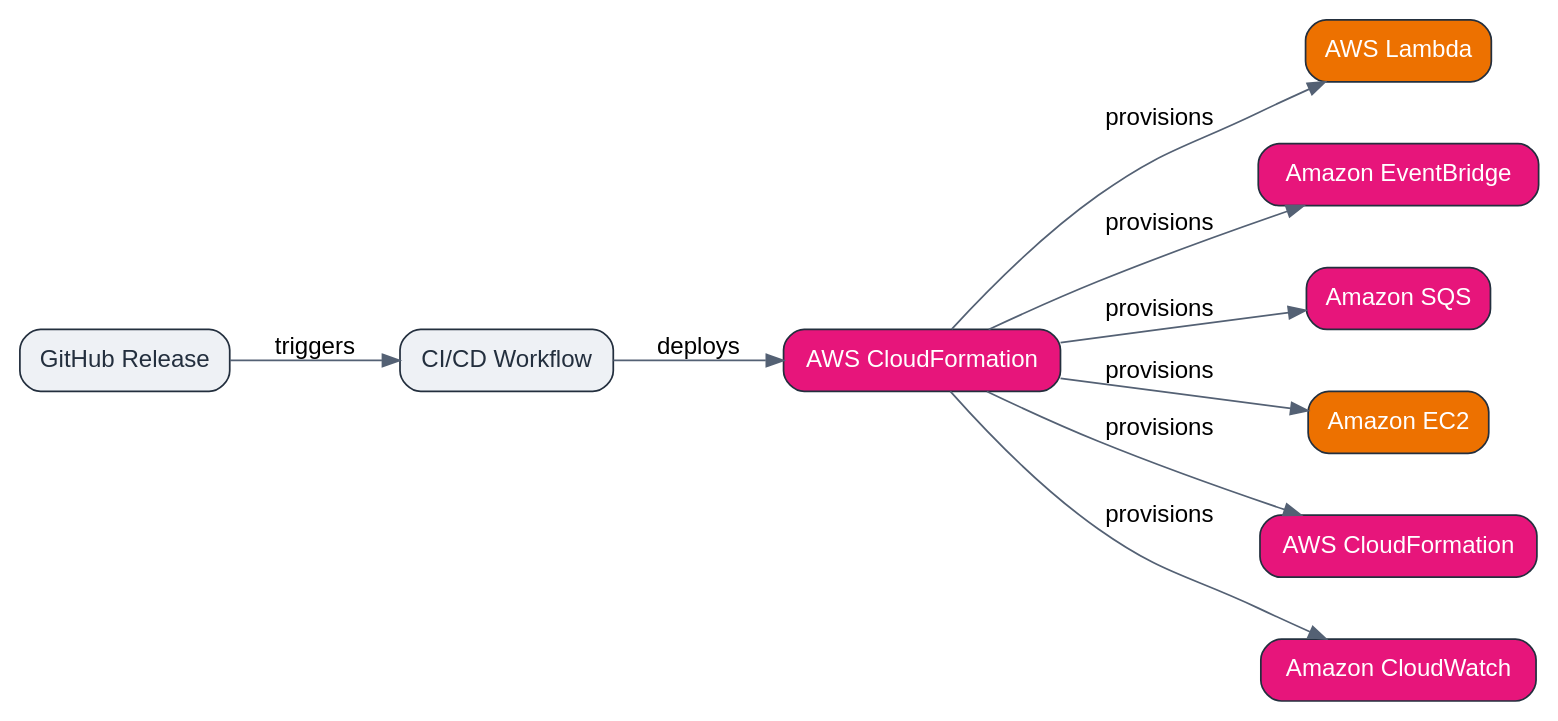
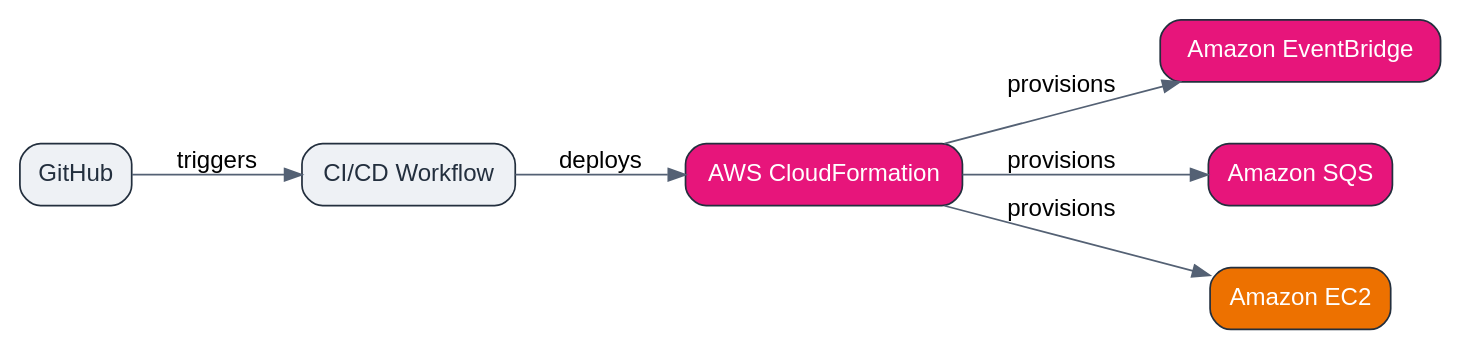
One commit to teddynted/ai-github-repository-blog-generator changed the eighth of 8 diagrams in testdata/expected/architecture.md. Above: the diagram before and after it, drawn with Graphviz. The commit also changed other lines of this file and 3 other files, not shown here.

First line of the commit message:
fix(architecture): conservative CI/CD flow + service-role intelligence rows

````diff
--- a/testdata/expected/architecture.md
+++ b/testdata/expected/architecture.md
@@ -240,27 +231,21 @@
 ```dot
 digraph Architecture {
   rankdir=LR;
   graph [fontname="Helvetica", splines=true, nodesep=0.5, ranksep=0.6];
   node [shape=box, style="rounded,filled", fontname="Helvetica", fillcolor="#EEF1F5", color="#232F3E"];
   edge [fontname="Helvetica", color="#546174"];
 
-  github [label="GitHub Release", fillcolor="#EEF1F5", fontcolor="#232F3E"];
+  github [label="GitHub", fillcolor="#EEF1F5", fontcolor="#232F3E"];
   workflow [label="CI/CD Workflow", fillcolor="#EEF1F5", fontcolor="#232F3E"];
   cloudformation [label="AWS CloudFormation", fillcolor="#E7157B", fontcolor="#FFFFFF"];
-  AWS_Lambda [label="AWS Lambda", fillcolor="#ED7100", fontcolor="#FFFFFF"];
   Amazon_EventBridge [label="Amazon EventBridge", fillcolor="#E7157B", fontcolor="#FFFFFF"];
   Amazon_SQS [label="Amazon SQS", fillcolor="#E7157B", fontcolor="#FFFFFF"];
   Amazon_EC2 [label="Amazon EC2", fillcolor="#ED7100", fontcolor="#FFFFFF"];
-  AWS_CloudFormation [label="AWS CloudFormation", fillcolor="#E7157B", fontcolor="#FFFFFF"];
-  Amazon_CloudWatch [label="Amazon CloudWatch", fillcolor="#E7157B", fontcolor="#FFFFFF"];
 
   github -> workflow [label="triggers"];
   workflow -> cloudformation [label="deploys"];
-  cloudformation -> AWS_Lambda [label="provisions"];
   cloudformation -> Amazon_EventBridge [label="provisions"];
   cloudformation -> Amazon_SQS [label="provisions"];
   cloudformation -> Amazon_EC2 [label="provisions"];
-  cloudformation -> AWS_CloudFormation [label="provisions"];
-  cloudformation -> Amazon_CloudWatch [label="provisions"];
 }
 ```
````
